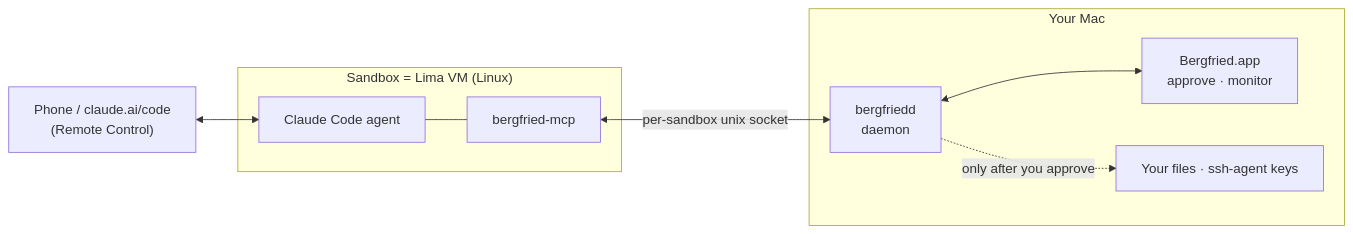
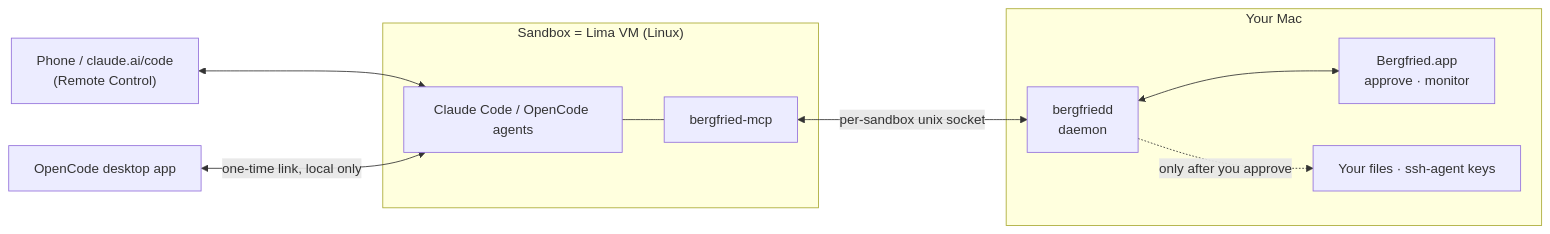
The diagram in README.md (DevertNet/bergfried), drawn with Mermaid before and after one commit. The commit also changed other lines of this file and 25 other files, not shown here.

First line of the commit message:
OpenCode as a second agent runtime next to Claude

````diff
--- a/README.md
+++ b/README.md
@@ -22,18 +22,20 @@
 ```mermaid
 flowchart LR
   phone["Phone / claude.ai/code<br/>(Remote Control)"]
+  desktop["OpenCode desktop app"]
   subgraph vm["Sandbox = Lima VM (Linux)"]
-    agent["Claude Code agent"]
+    agent["Claude Code / OpenCode agents"]
     mcp["bergfried-mcp"]
     agent --- mcp
   end
   subgraph mac["Your Mac"]
     daemon["bergfriedd<br/>daemon"]
     app["Bergfried.app<br/>approve · monitor"]
     data["Your files · ssh-agent keys"]
     daemon <--> app
     daemon -.->|"only after you approve"| data
   end
   phone <--> agent
+  desktop <-->|"one-time link, local only"| agent
   mcp <-->|"per-sandbox unix socket"| daemon
 ```
````
